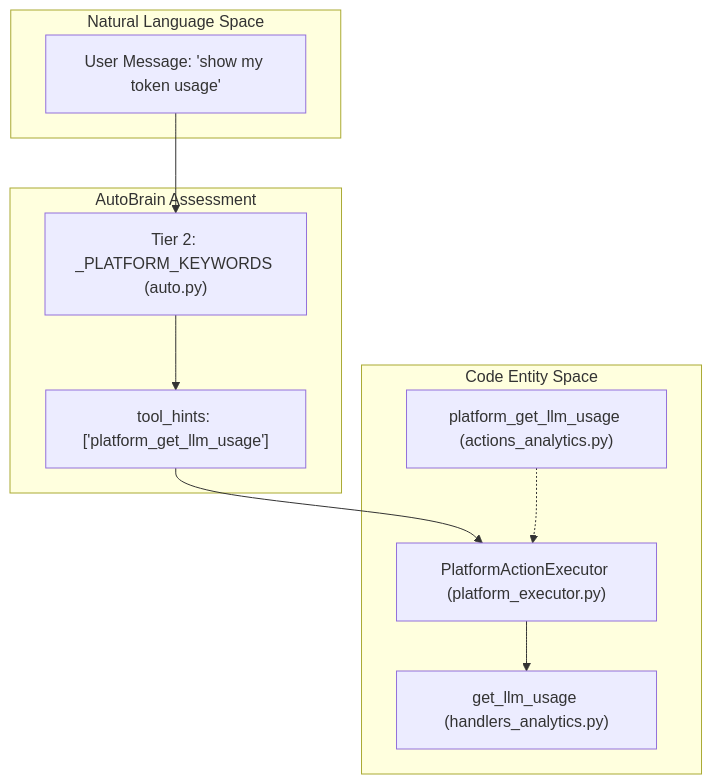
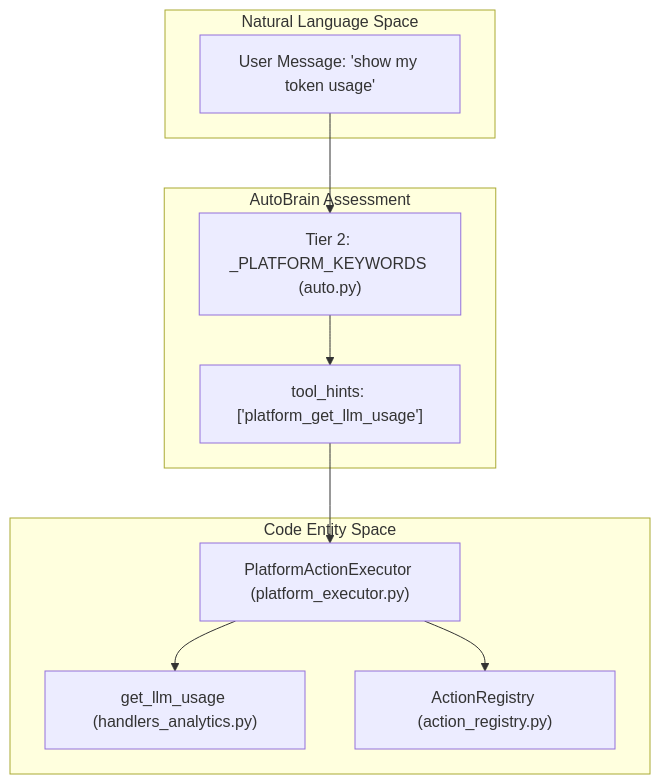
Before and after one commit to AutomatosAI/automatos-ai: the first of 2 diagrams in docs/chat-interface/complexity-assessment-autobrain.md, drawn with Mermaid. The commit also changed other lines of this file and 153 other files, not shown here.

````diff
--- a/docs/chat-interface/complexity-assessment-autobrain.md
+++ b/docs/chat-interface/complexity-assessment-autobrain.md
@@ -134,23 +127,23 @@
 ```mermaid
 graph TD
     subgraph "Natural Language Space"
         UserMsg["User Message: 'show my token usage'"]
     end
 
     subgraph "AutoBrain Assessment"
         Regex["Tier 2: _PLATFORM_KEYWORDS (auto.py)"]
         Hints["tool_hints: ['platform_get_llm_usage']"]
     end
 
     subgraph "Code Entity Space"
         Executor["PlatformActionExecutor (platform_executor.py)"]
         Handler["get_llm_usage (handlers_analytics.py)"]
-        ActionDef["platform_get_llm_usage (actions_analytics.py)"]
+        Registry["ActionRegistry (action_registry.py)"]
     end
 
     UserMsg --> Regex
     Regex --> Hints
     Hints --> Executor
     Executor --> Handler
-    ActionDef -.-> Executor
+    Executor --> Registry
 ```
````
